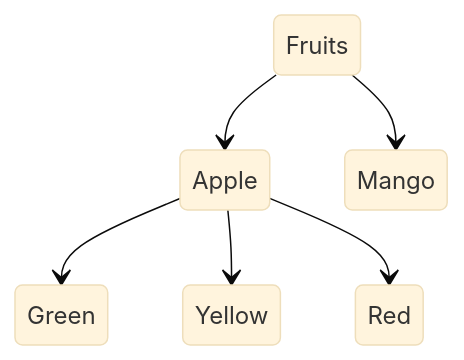
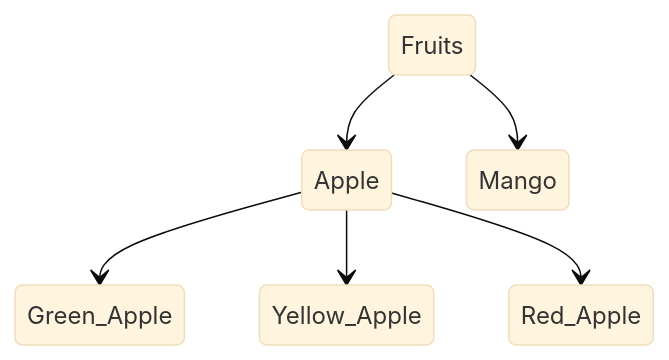
Before and after one commit to Rowadz/adjacency-list-model-in-sql: the diagram in README.md, drawn with Mermaid (base theme).

````diff
--- a/README.md
+++ b/README.md
@@ -10,8 +10,8 @@
 ```mermaid
 stateDiagram-v2
     Fruits --> Apple
     Fruits --> Mango
-    Apple --> Green Apple
-    Apple --> Yellow Apple
-    Apple --> Red Apple
+    Apple --> Green_Apple
+    Apple --> Yellow_Apple
+    Apple --> Red_Apple
 ```
````
